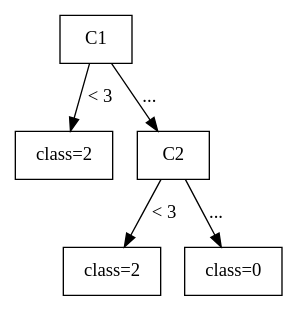
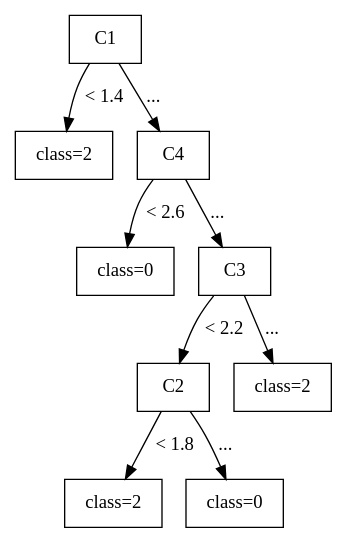
Before and after one commit to TakuyaMitarai/NSSESAT_Visualizer: the diagram in NSSESAT_backend/new_tree.dot, drawn with Graphviz. The commit also changed 7 other files, not shown here.

```diff
--- a/NSSESAT_backend/new_tree.dot
+++ b/NSSESAT_backend/new_tree.dot
@@ -1,18 +1,30 @@
 digraph G {
 node [shape=box];
 
 0 [label="C1"];
 
 1 [label="class=2"];
-2 [label="C2"];
+2 [label="C4"];
 
-0 -> 1 [label="< 3"];
+0 -> 1 [label="< 1.4"];
 0 -> 2 [label="..."];
 
-3 [label="class=2"];
-4 [label="class=0"];
+3 [label="class=0"];
+4 [label="C3"];
 
-2 -> 3 [label="< 3"];
+2 -> 3 [label="< 2.6"];
 2 -> 4 [label="..."];
 
+5 [label="C2"];
+8 [label="class=2"];
+
+4 -> 5 [label="< 2.2"];
+4 -> 8 [label="..."];
+
+6 [label="class=2"];
+7 [label="class=0"];
+
+5 -> 6 [label="< 1.8"];
+5 -> 7 [label="..."];
+
 }
```
